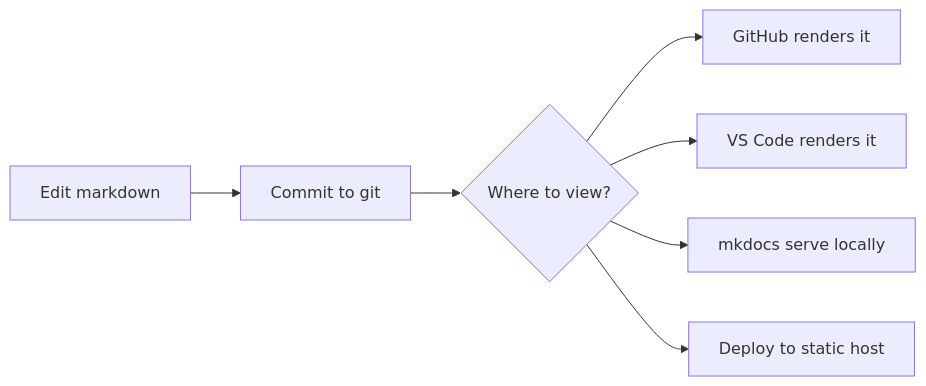
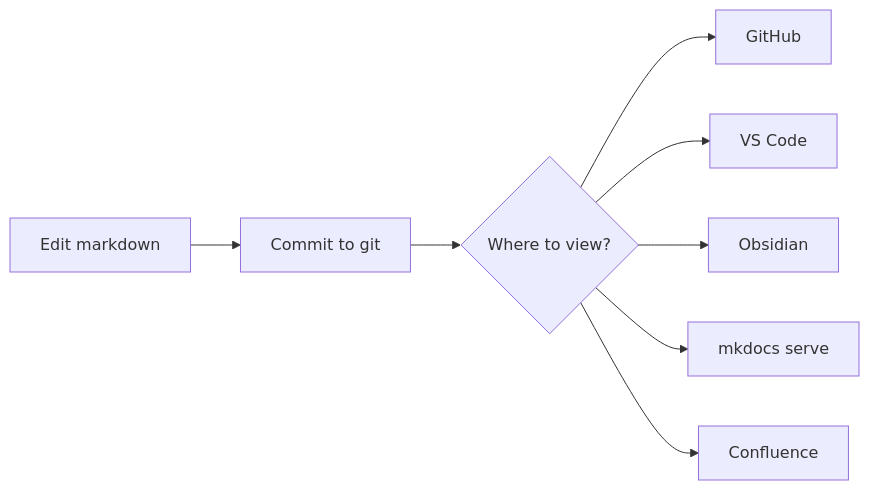
Before and after one commit to magpieE5/demo: the first of 4 diagrams in README.md, drawn with Mermaid. The commit also changed other lines of this file, not shown here.

First line of the commit message:
Enhance README with renderer options and Confluence info

````diff
--- a/README.md
+++ b/README.md
@@ -28,9 +30,10 @@
 ```mermaid
 flowchart LR
     A[Edit markdown] --> B[Commit to git]
     B --> C{Where to view?}
-    C --> D[GitHub renders it]
-    C --> E[VS Code renders it]
-    C --> F[mkdocs serve locally]
-    C --> G[Deploy to static host]
+    C --> D[GitHub]
+    C --> E[VS Code]
+    C --> F[Obsidian]
+    C --> G[mkdocs serve]
+    C --> H[Confluence]
 ```
````
